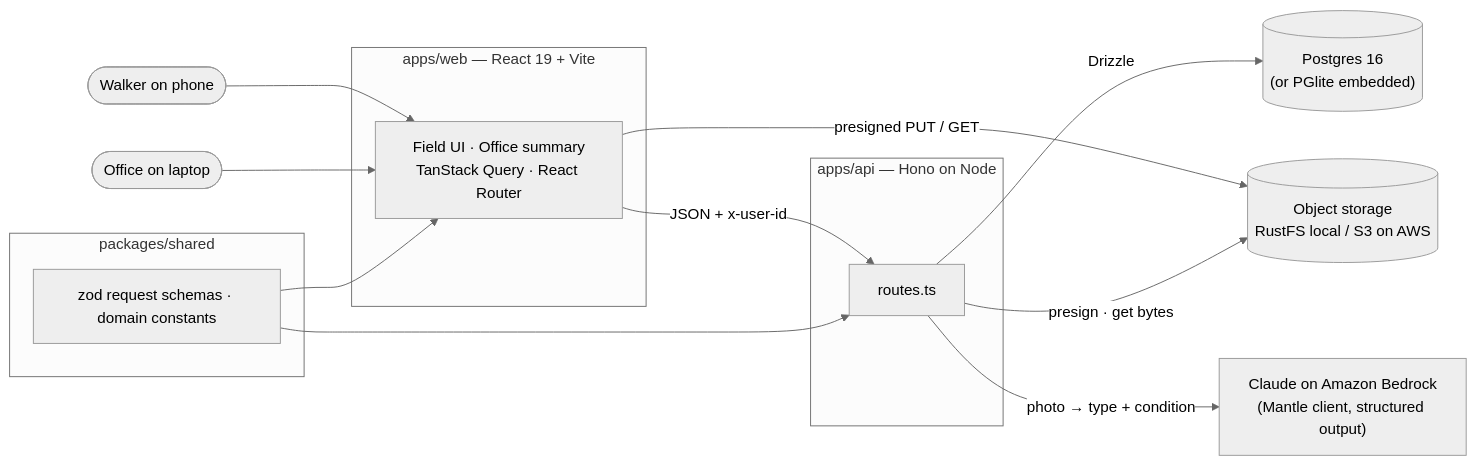
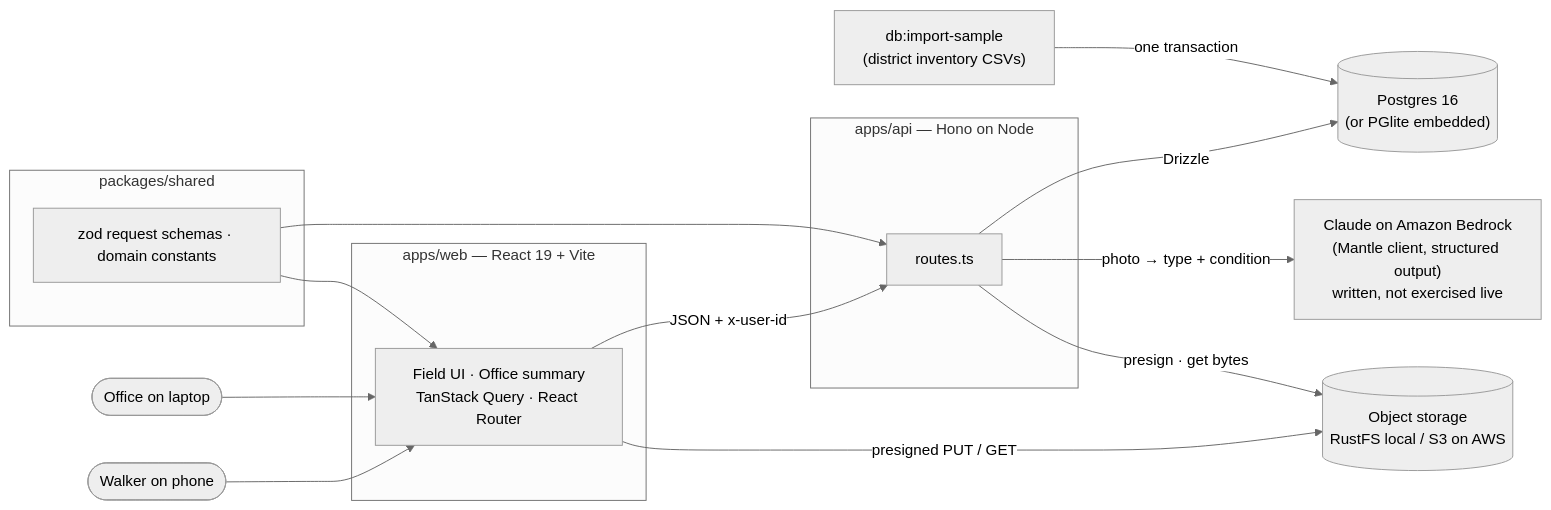
The first of 6 diagrams in docs/architecture.md (mcsantiago/vlk-architects-campus-walk), drawn with Mermaid (neutral theme) before and after one commit. The commit also changed other lines of this file and 4 other files, not shown here.

````diff
--- a/docs/architecture.md
+++ b/docs/architecture.md
@@ -8,34 +8,36 @@
 ```mermaid
 flowchart LR
   walker(["Walker on phone"])
   office(["Office on laptop"])
 
   subgraph client["apps/web — React 19 + Vite"]
     web["Field UI · Office summary\nTanStack Query · React Router"]
   end
 
   subgraph api["apps/api — Hono on Node"]
     routes["routes.ts"]
   end
 
   subgraph shared["packages/shared"]
     zod["zod request schemas · domain constants"]
   end
 
   pg[("Postgres 16\n(or PGlite embedded)")]
   s3[("Object storage\nRustFS local / S3 on AWS")]
-  bedrock["Claude on Amazon Bedrock\n(Mantle client, structured output)"]
+  bedrock["Claude on Amazon Bedrock\n(Mantle client, structured output)\nwritten, not exercised live"]
 
   walker --> web
   office --> web
   web -->|"JSON + x-user-id"| routes
   web -->|"presigned PUT / GET"| s3
 
   routes -->|"Drizzle"| pg
   routes -->|"presign · get bytes"| s3
   routes -->|"photo → type + condition"| bedrock
 
+  importer["db:import-sample\n(district inventory CSVs)"] -->|"one transaction"| pg
+
   zod --> web
   zod --> routes
 
 ```
````
